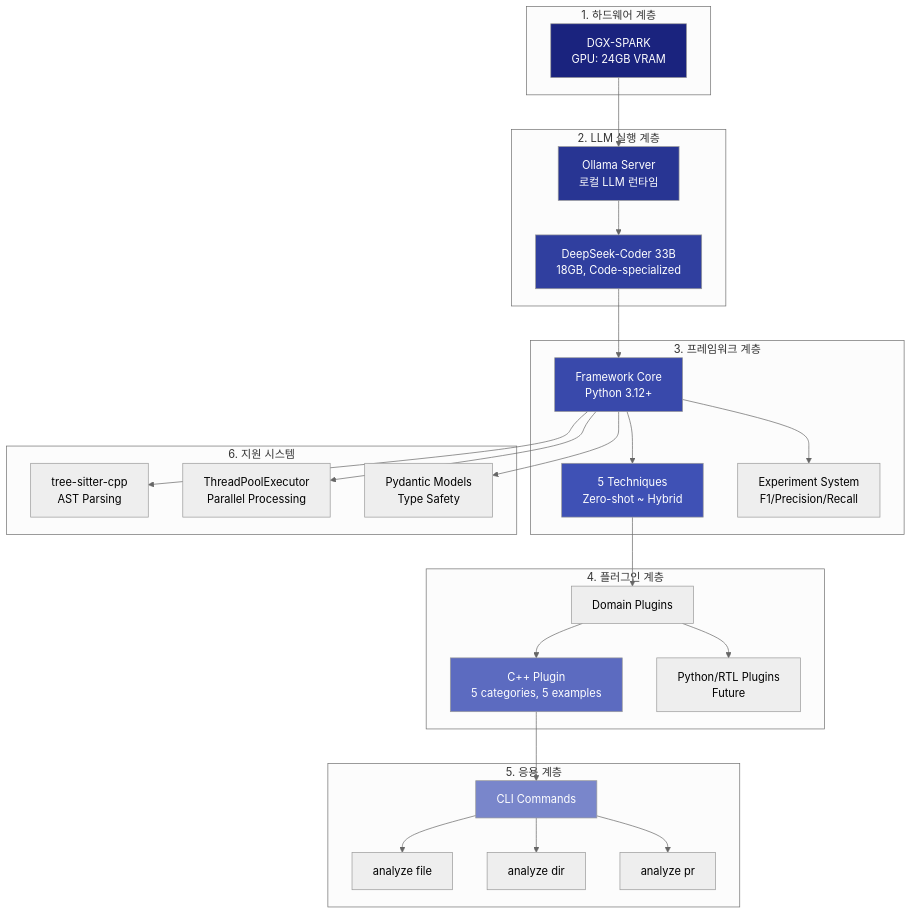
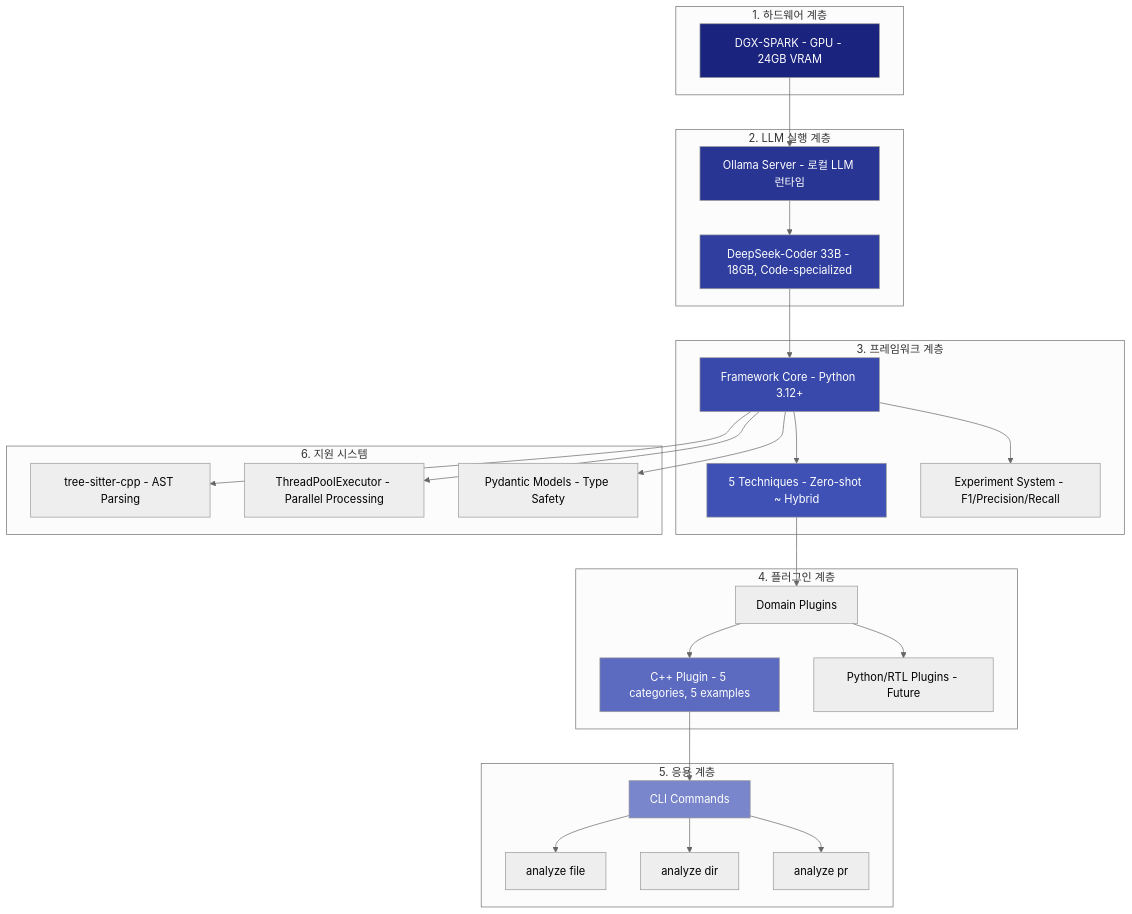
Before and after one commit to ApeachM/llm-code-reviewer: the fourth of 39 diagrams in PRESENTATION.md, drawn with Mermaid (neutral theme). The commit also changed other lines of this file, not shown here.

First line of the commit message:
fix: Replace special characters in Mermaid node labels for compatibility

````diff
--- a/PRESENTATION.md
+++ b/PRESENTATION.md
@@ -114,44 +115,44 @@
 ```mermaid
 graph TB
     subgraph "1. 하드웨어 계층"
-        HW[DGX-SPARK<br/>GPU: 24GB VRAM]
+        HW[DGX-SPARK - GPU - 24GB VRAM]
     end
 
     subgraph "2. LLM 실행 계층"
-        HW --> Ollama[Ollama Server<br/>로컬 LLM 런타임]
-        Ollama --> Model[DeepSeek-Coder 33B<br/>18GB, Code-specialized]
+        HW --> Ollama[Ollama Server - 로컬 LLM 런타임]
+        Ollama --> Model[DeepSeek-Coder 33B - 18GB, Code-specialized]
     end
 
     subgraph "3. 프레임워크 계층"
-        Model --> Core[Framework Core<br/>Python 3.12+]
-        Core --> Tech[5 Techniques<br/>Zero-shot ~ Hybrid]
-        Core --> Eval[Experiment System<br/>F1/Precision/Recall]
+        Model --> Core[Framework Core - Python 3.12+]
+        Core --> Tech[5 Techniques - Zero-shot ~ Hybrid]
+        Core --> Eval[Experiment System - F1/Precision/Recall]
     end
 
     subgraph "4. 플러그인 계층"
         Tech --> Plugin[Domain Plugins]
-        Plugin --> Cpp[C++ Plugin<br/>5 categories, 5 examples]
-        Plugin --> Future[Python/RTL Plugins<br/>Future]
+        Plugin --> Cpp[C++ Plugin - 5 categories, 5 examples]
+        Plugin --> Future[Python/RTL Plugins - Future]
     end
 
     subgraph "5. 응용 계층"
         Cpp --> CLI[CLI Commands]
         CLI --> File[analyze file]
         CLI --> Dir[analyze dir]
         CLI --> PR[analyze pr]
     end
 
     subgraph "6. 지원 시스템"
-        Core --> TreeSitter[tree-sitter-cpp<br/>AST Parsing]
-        Core --> Parallel[ThreadPoolExecutor<br/>Parallel Processing]
-        Core --> Pydantic[Pydantic Models<br/>Type Safety]
+        Core --> TreeSitter[tree-sitter-cpp - AST Parsing]
+        Core --> Parallel[ThreadPoolExecutor - Parallel Processing]
+        Core --> Pydantic[Pydantic Models - Type Safety]
     end
 
     style HW fill:#1a237e,color:#fff
     style Ollama fill:#283593,color:#fff
     style Model fill:#303f9f,color:#fff
     style Core fill:#3949ab,color:#fff
     style Tech fill:#3f51b5,color:#fff
     style Cpp fill:#5c6bc0,color:#fff
     style CLI fill:#7986cb,color:#fff
 ```
````
